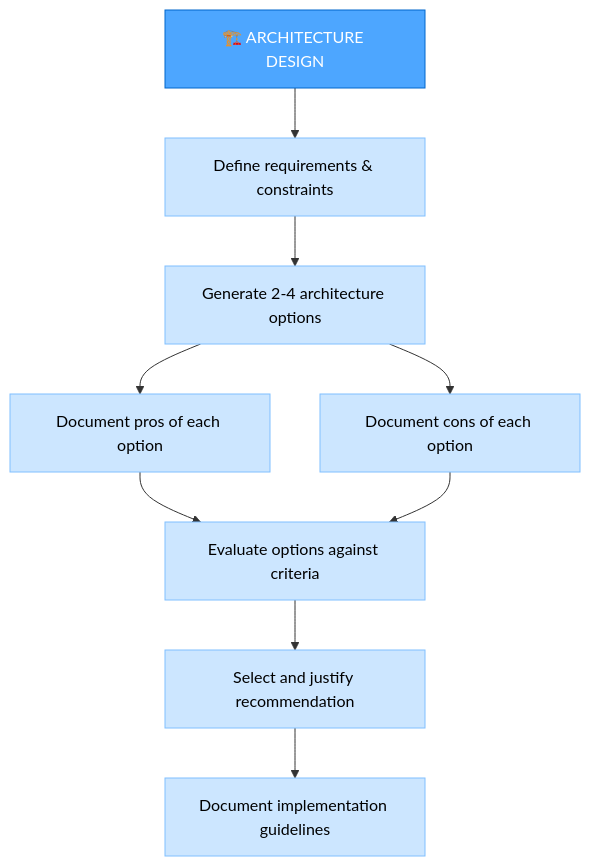
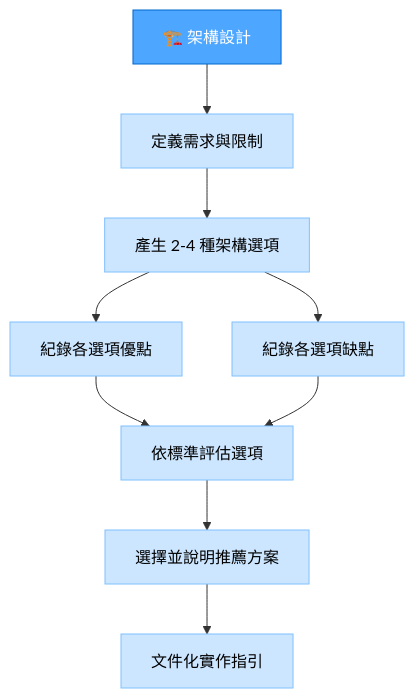
Before and after one commit to chenjackle45/cursor-memory-bank-chinese: the second of 6 diagrams in 中文化/custom_modes/creative_instructions.md, drawn with Mermaid. The commit also changed other lines of this file and 5 other files, not shown here.

Commit message:
Translate and update documentation for Reflect+Archive and VAN modes to enhance clarity and accessibility for users. Adjusted flowcharts and verification checklists to reflect changes in the development process.

````diff
--- a/中文化/custom_modes/creative_instructions.md
+++ b/中文化/custom_modes/creative_instructions.md
@@ -152,19 +159,19 @@
 ```mermaid
 graph TD
-    AD["🏗️ ARCHITECTURE DESIGN"] --> Req["Define requirements & constraints"]
-    Req --> Options["Generate 2-4 architecture options"]
-    Options --> Pros["Document pros of each option"]
-    Options --> Cons["Document cons of each option"]
-    Pros & Cons --> Eval["Evaluate options against criteria"]
-    Eval --> Select["Select and justify recommendation"]
-    Select --> Doc["Document implementation guidelines"]
-    
+    AD["🏗️ 架構設計"] --> Req["定義需求與限制"]
+    Req --> Options["產生 2-4 種架構選項"]
+    Options --> Pros["紀錄各選項優點"]
+    Options --> Cons["紀錄各選項缺點"]
+    Pros & Cons --> Eval["依標準評估選項"]
+    Eval --> Select["選擇並說明推薦方案"]
+    Select --> Doc["文件化實作指引"]
+
     style AD fill:#4da6ff,stroke:#0066cc,color:white
     style Req fill:#cce6ff,stroke:#80bfff,color:black
     style Options fill:#cce6ff,stroke:#80bfff,color:black
     style Pros fill:#cce6ff,stroke:#80bfff,color:black
     style Cons fill:#cce6ff,stroke:#80bfff,color:black
     style Eval fill:#cce6ff,stroke:#80bfff,color:black
     style Select fill:#cce6ff,stroke:#80bfff,color:black
     style Doc fill:#cce6ff,stroke:#80bfff,color:black
 ```
````
